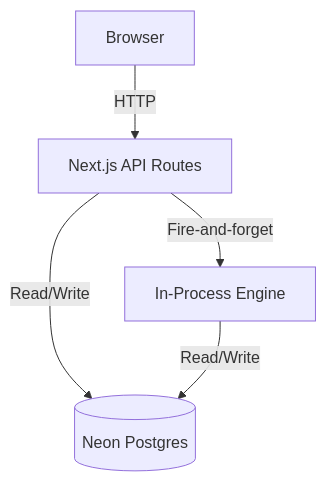
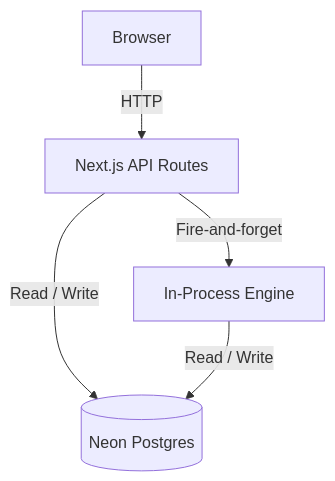
One commit to Vivelune/flowforge changed the first of 2 diagrams in README.md. Above: the diagram before and after it, drawn with Mermaid. The commit also changed other lines of this file, not shown here.

````diff
--- a/README.md
+++ b/README.md
@@ -29,7 +37,7 @@
 ```mermaid
 graph TD
     Browser[Browser] -->|HTTP| API[Next.js API Routes]
-    API -->|Read/Write| DB[(Neon Postgres)]
+    API -->|Read / Write| DB[(Neon Postgres)]
     API -->|Fire-and-forget| Engine[In-Process Engine]
-    Engine -->|Read/Write| DB
+    Engine -->|Read / Write| DB
 ```
````
